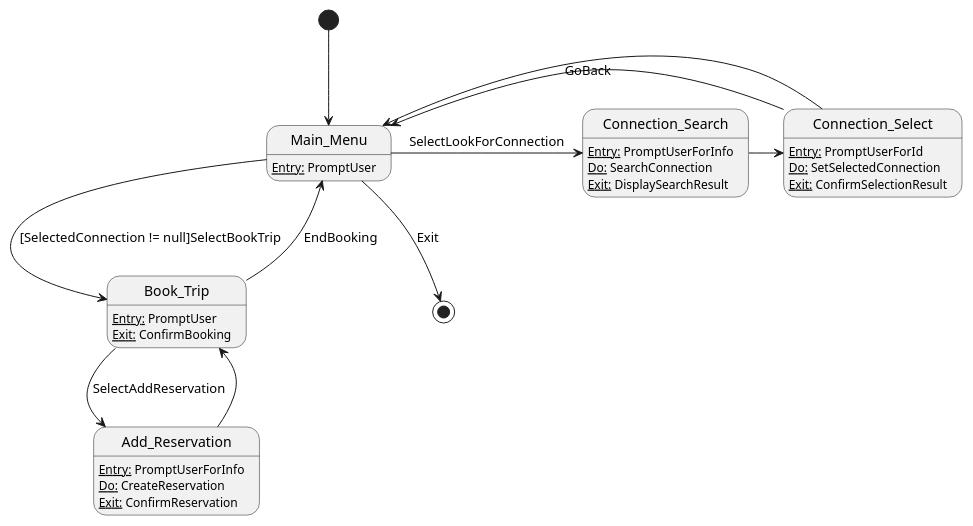
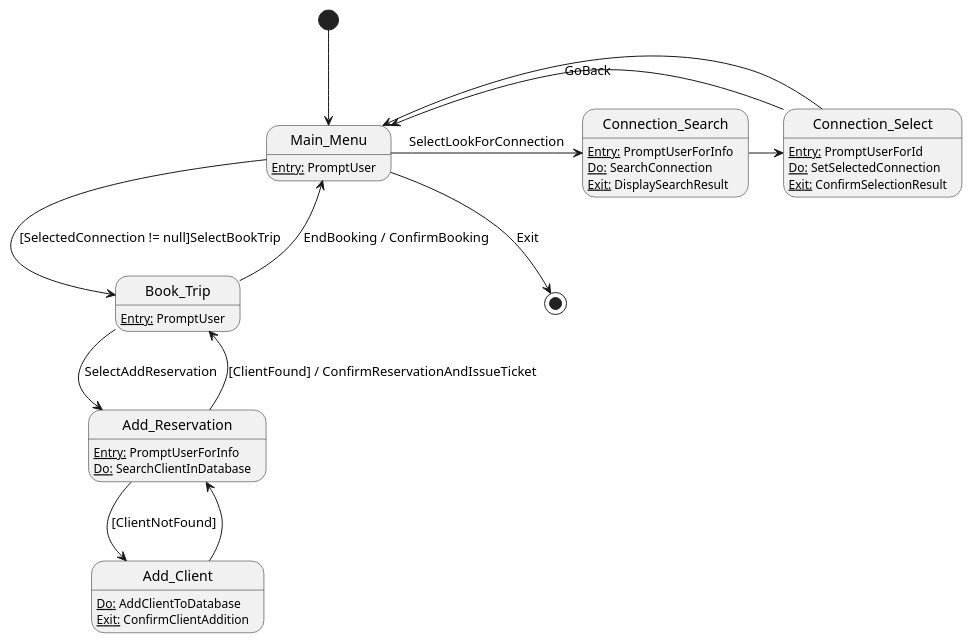
The diagram in Iteration 4/docs/bookTrip_stateMachine.plantuml (Cimpo1/SOEN342_2025), drawn with PlantUML before and after one commit. The commit also changed 4 other files, not shown here.

```diff
--- a/Iteration 4/docs/bookTrip_stateMachine.plantuml
+++ b/Iteration 4/docs/bookTrip_stateMachine.plantuml
@@ -1,24 +1,26 @@
 @startuml
 [*]--> Main_Menu
 Main_Menu: <u>Entry:</u> PromptUser
 Main_Menu -> Connection_Search : SelectLookForConnection
 Connection_Search: <u>Entry:</u> PromptUserForInfo
 Connection_Search: <u>Do:</u> SearchConnection
 Connection_Search: <u>Exit:</u> DisplaySearchResult
 Connection_Search -> Connection_Select
 Connection_Select -> Main_Menu : GoBack
 Connection_Select : <u>Entry:</u> PromptUserForId
 Connection_Select : <u>Do:</u> SetSelectedConnection
 Connection_Select : <u>Exit:</u> ConfirmSelectionResult
 Connection_Select -> Main_Menu
 Main_Menu --> Book_Trip : [SelectedConnection != null]SelectBookTrip
 Book_Trip : <u>Entry:</u> PromptUser
-Book_Trip : <u>Exit:</u> ConfirmBooking
 Book_Trip --> Add_Reservation : SelectAddReservation
 Add_Reservation : <u>Entry:</u> PromptUserForInfo
-Add_Reservation : <u>Do:</u> CreateReservation
-Add_Reservation : <u>Exit:</u> ConfirmReservation
-Add_Reservation -> Book_Trip
-Book_Trip -> Main_Menu : EndBooking
+Add_Reservation : <u>Do:</u> SearchClientInDatabase
+Add_Reservation--> Add_Client : [ClientNotFound]
+Add_Reservation -> Book_Trip : [ClientFound] / ConfirmReservationAndIssueTicket
+Add_Client : <u>Do:</u> AddClientToDatabase
+Add_Client : <u>Exit:</u> ConfirmClientAddition
+Add_Client --> Add_Reservation
+Book_Trip -> Main_Menu : EndBooking / ConfirmBooking
 Main_Menu --> [*] : Exit
 @enduml
```
